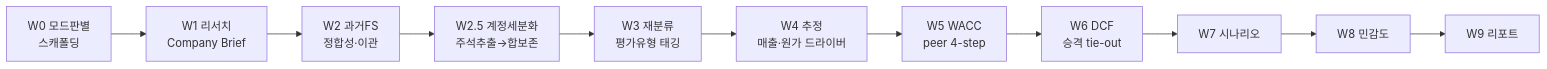
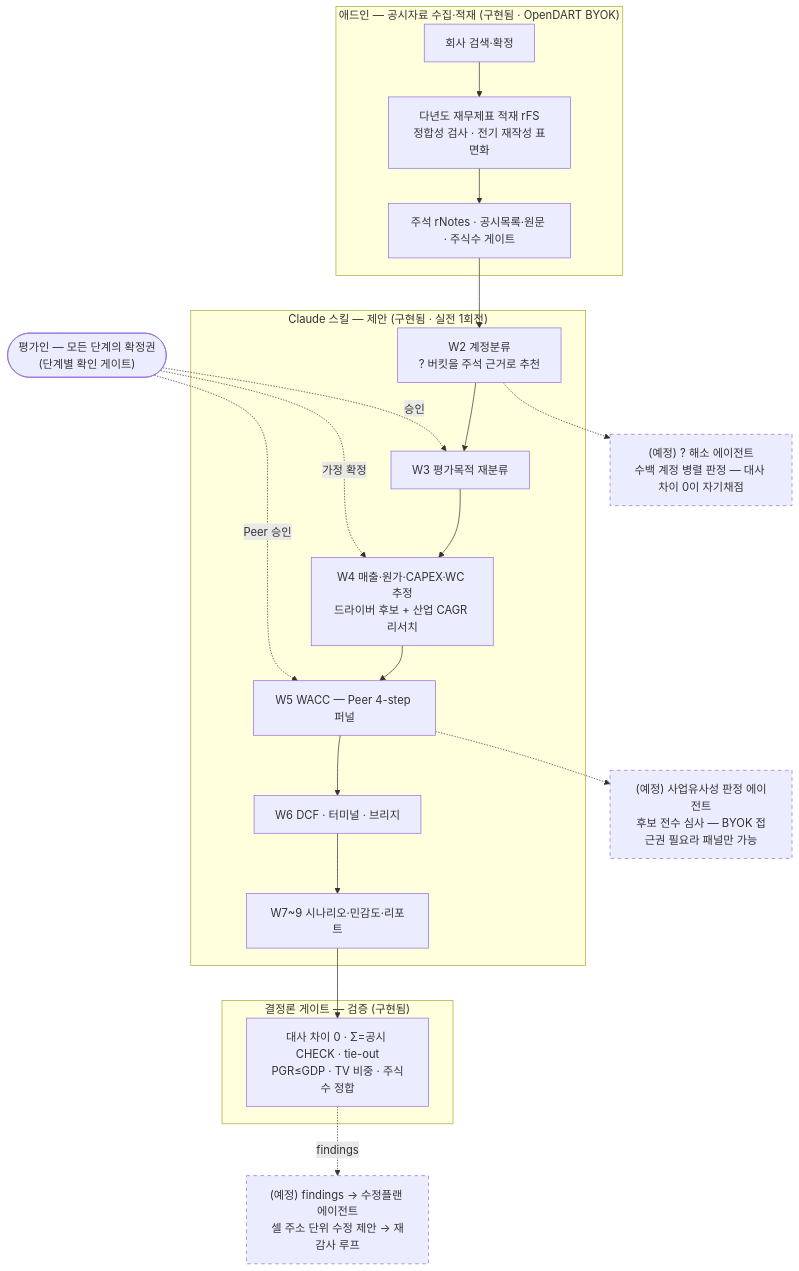
One commit to gfdsstyu/val-studio changed the diagram in README.md. Above: the diagram before and after it, drawn with Mermaid. The commit also changed other lines of this file and 86 other files, not shown here.

````diff
--- a/README.md
+++ b/README.md
@@ -166,11 +181,29 @@
 ```mermaid
-flowchart LR
-  W0[W0 모드판별<br/>스캐폴딩] --> W1[W1 리서치<br/>Company Brief]
-  W1 --> W2[W2 과거FS<br/>정합성·이관]
-  W2 --> W25[W2.5 계정세분화<br/>주석추출→합보존]
-  W25 --> W3[W3 재분류<br/>평가유형 태깅]
-  W3 --> W4[W4 추정<br/>매출·원가 드라이버]
-  W4 --> W5[W5 WACC<br/>peer 4-step]
-  W5 --> W6[W6 DCF<br/>승격 tie-out]
-  W6 --> W7[W7 시나리오] --> W8[W8 민감도] --> W9[W9 리포트]
+flowchart TD
+    subgraph ADDIN["애드인 — 공시자료 수집·적재 (구현됨 · OpenDART BYOK)"]
+        A["회사 검색·확정"] --> B["다년도 재무제표 적재 rFS<br/>정합성 검사 · 전기 재작성 표면화"]
+        B --> C["주석 rNotes · 공시목록·원문 · 주식수 게이트"]
+    end
+    subgraph SKILL["Claude 스킬 — 제안 (구현됨 · 실전 1회전)"]
+        W2["W2 계정분류<br/>? 버킷을 주석 근거로 추천"] --> W3["W3 평가목적 재분류"]
+        W3 --> W4["W4 매출·원가·CAPEX·WC 추정<br/>드라이버 후보 + 산업 CAGR 리서치"]
+        W4 --> W5["W5 WACC — Peer 4-step 퍼널"]
+        W5 --> W6["W6 DCF · 터미널 · 브리지"]
+        W6 --> W9["W7~9 시나리오·민감도·리포트"]
+    end
+    subgraph GATE["결정론 게이트 — 검증 (구현됨)"]
+        V["대사 차이 0 · Σ=공시 CHECK · tie-out<br/>PGR≤GDP · TV 비중 · 주식수 정합"]
+    end
+    C --> W2
+    W9 --> V
+    HUMAN(["평가인 — 모든 단계의 확정권<br/>(단계별 확인 게이트)"])
+    HUMAN -.승인.-> W3
+    HUMAN -.가정 확정.-> W4
+    HUMAN -.Peer 승인.-> W5
+    W2 -.-> AG1["(예정) ? 해소 에이전트<br/>수백 계정 병렬 판정 — 대사 차이 0이 자기채점"]
+    W5 -.-> AG2["(예정) 사업유사성 판정 에이전트<br/>후보 전수 심사 — BYOK 접근권 필요라 패널만 가능"]
+    V -.findings.-> AG3["(예정) findings → 수정플랜 에이전트<br/>셀 주소 단위 수정 제안 → 재감사 루프"]
+    style AG1 stroke-dasharray: 5 5
+    style AG2 stroke-dasharray: 5 5
+    style AG3 stroke-dasharray: 5 5
 ```
````
